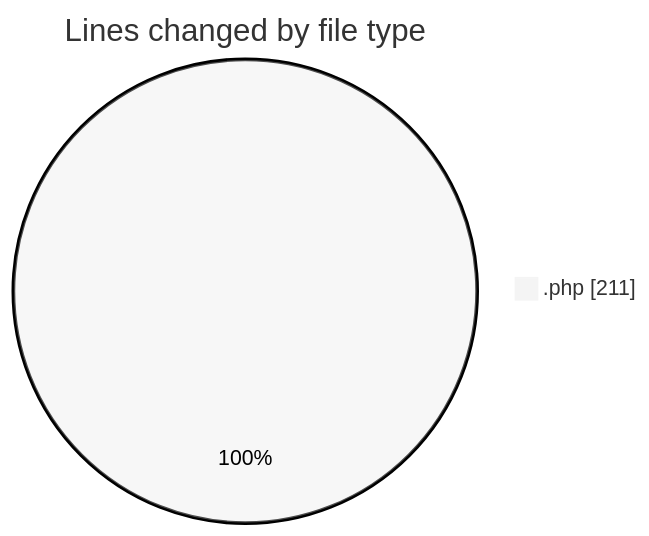
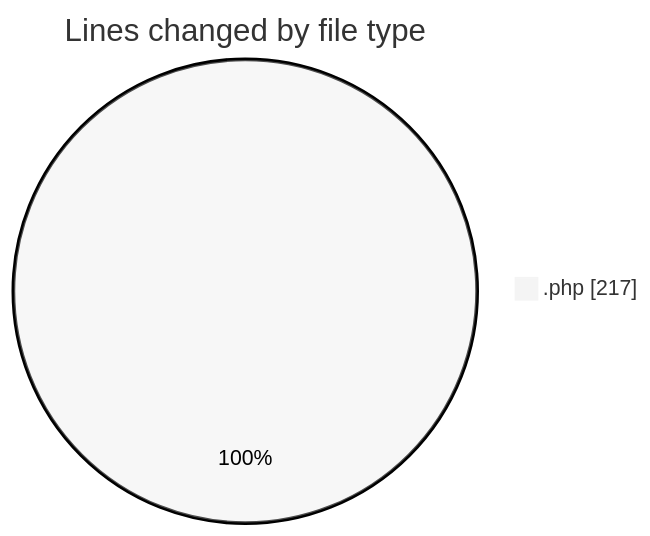
One commit to LanceThiago/code-tracking changed the first of 2 diagrams in 2025-07-16/web/README.md. Above: the diagram before and after it, drawn with Mermaid (neutral theme). The commit also changed other lines of this file and 1 other file, not shown here.

````diff
--- a/2025-07-16/web/README.md
+++ b/2025-07-16/web/README.md
@@ -21,5 +21,5 @@
 ```mermaid
 pie showData
 title Lines changed by file type
-".php" : 211
+".php" : 217
 ```
````
